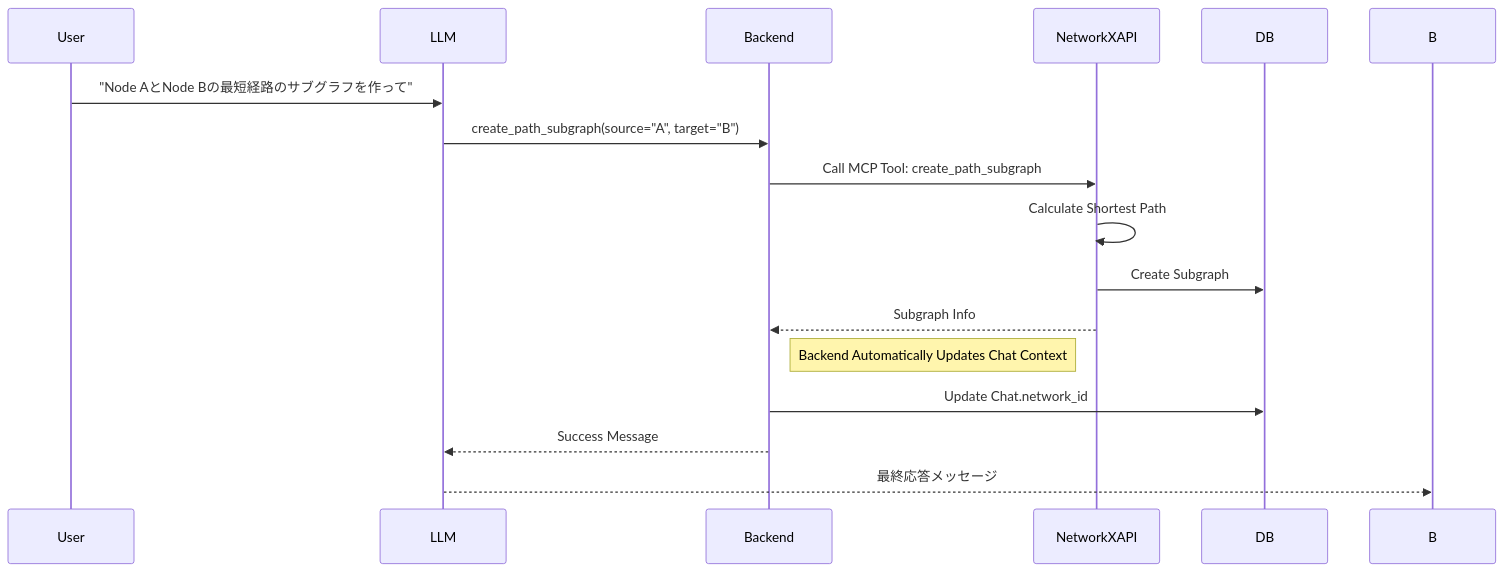
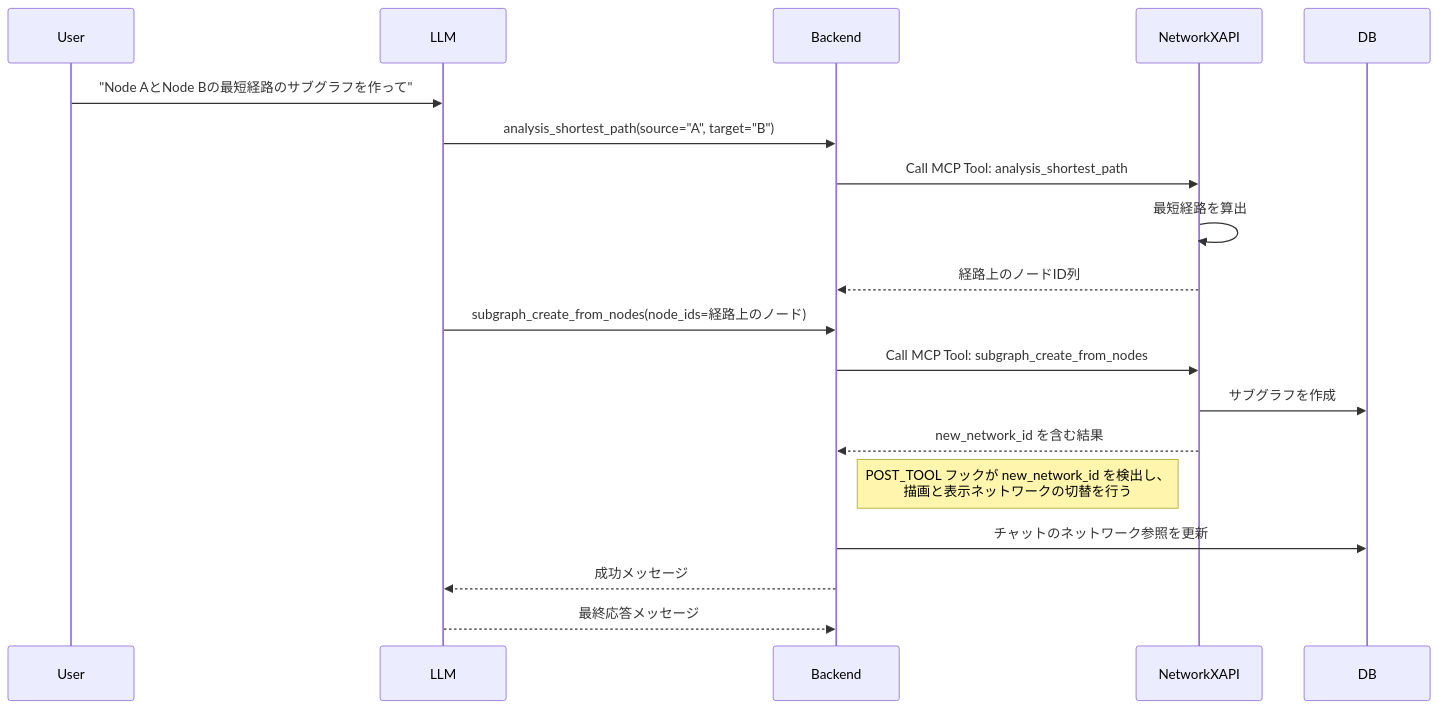
Before and after one commit to vdslab/LLMGraphvis: the fifth of 13 diagrams in specification/2_Technical_Details/6_Core_Workflows.md, drawn with Mermaid. The commit also changed other lines of this file and 12 other files, not shown here.

````diff
--- a/specification/2_Technical_Details/6_Core_Workflows.md
+++ b/specification/2_Technical_Details/6_Core_Workflows.md
@@ -264,21 +269,26 @@
 ```mermaid
 sequenceDiagram
     participant User
     participant LLM
     participant Backend
     participant NetworkXAPI
     participant DB
 
     User->>LLM: "Node AとNode Bの最短経路のサブグラフを作って"
-    LLM->>Backend: create_path_subgraph(source="A", target="B")
-    Backend->>NetworkXAPI: Call MCP Tool: create_path_subgraph
-    NetworkXAPI->>NetworkXAPI: Calculate Shortest Path
-    NetworkXAPI->>DB: Create Subgraph
-    NetworkXAPI-->>Backend: Subgraph Info
 
-    note right of Backend: Backend Automatically Updates Chat Context
-    Backend->>DB: Update Chat.network_id
-    
-    Backend-->>LLM: Success Message
-    LLM-->>B: 最終応答メッセージ
+    LLM->>Backend: analysis_shortest_path(source="A", target="B")
+    Backend->>NetworkXAPI: Call MCP Tool: analysis_shortest_path
+    NetworkXAPI->>NetworkXAPI: 最短経路を算出
+    NetworkXAPI-->>Backend: 経路上のノードID列
+
+    LLM->>Backend: subgraph_create_from_nodes(node_ids=経路上のノード)
+    Backend->>NetworkXAPI: Call MCP Tool: subgraph_create_from_nodes
+    NetworkXAPI->>DB: サブグラフを作成
+    NetworkXAPI-->>Backend: new_network_id を含む結果
+
+    note right of Backend: POST_TOOL フックが new_network_id を検出し、<br/>描画と表示ネットワークの切替を行う
+    Backend->>DB: チャットのネットワーク参照を更新
+
+    Backend-->>LLM: 成功メッセージ
+    LLM-->>Backend: 最終応答メッセージ
 ```
````
